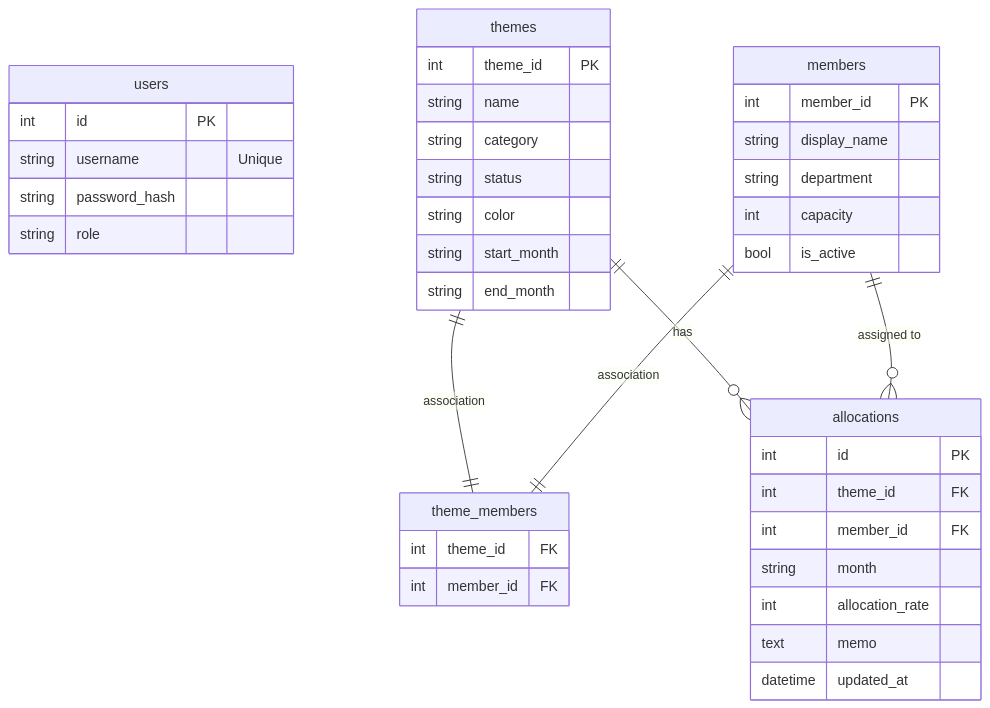
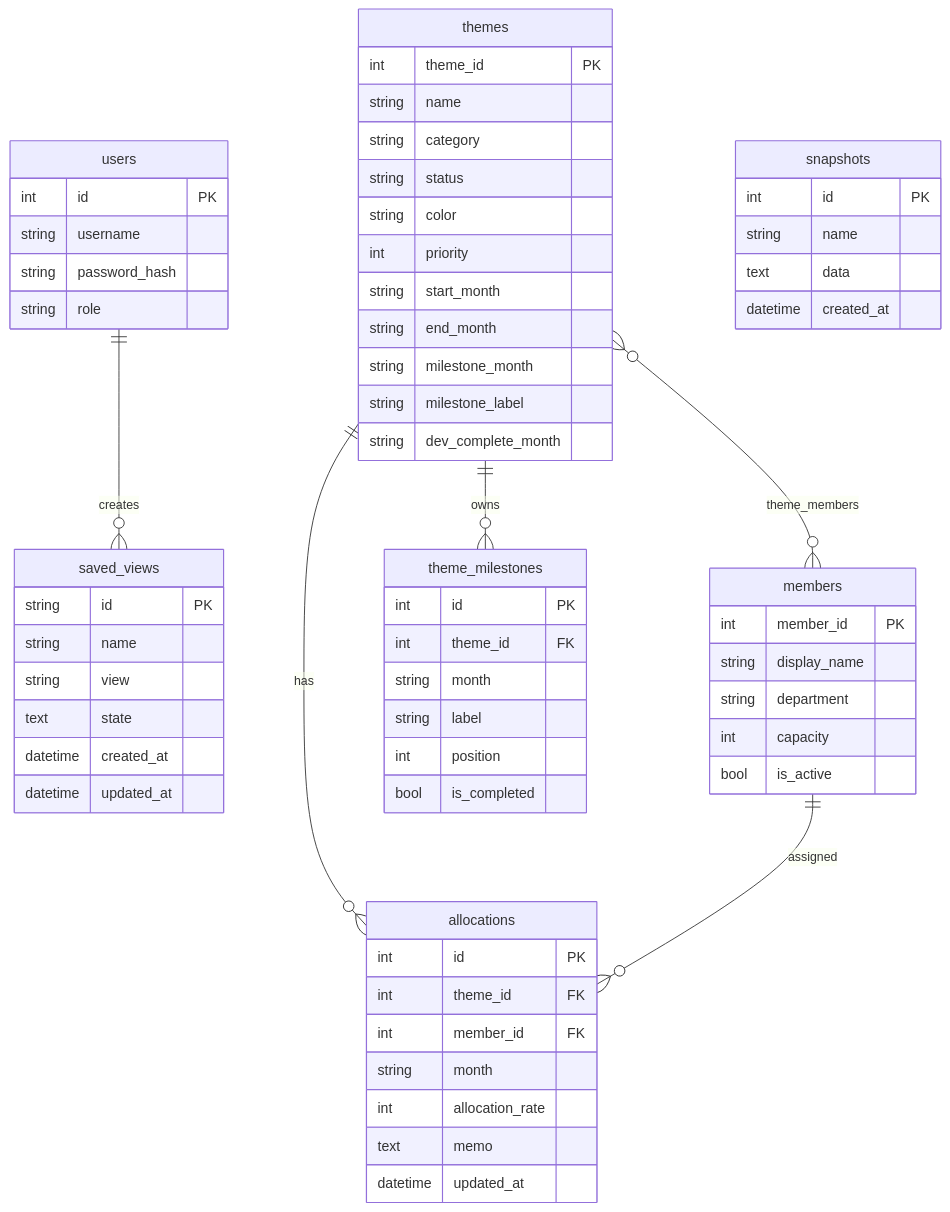
One commit to masakinakai3/Manage changed the second of 2 diagrams in SoftwareDesign.md. Above: the diagram before and after it, drawn with Mermaid. The commit also changed other lines of this file and 4 other files, not shown here.

````diff
--- a/SoftwareDesign.md
+++ b/SoftwareDesign.md
@@ -116,47 +210,72 @@
 ```mermaid
 erDiagram
+    users ||--o{ saved_views : creates
+    themes ||--o{ allocations : has
+    members ||--o{ allocations : assigned
+    themes ||--o{ theme_milestones : owns
+    themes }o--o{ members : theme_members
+
     users {
         int id PK
-        string username "Unique"
+        string username
         string password_hash
         string role
     }
 
     themes {
         int theme_id PK
         string name
         string category
         string status
         string color
+        int priority
         string start_month
         string end_month
+        string milestone_month
+        string milestone_label
+        string dev_complete_month
+    }
+
+    theme_milestones {
+        int id PK
+        int theme_id FK
+        string month
+        string label
+        int position
+        bool is_completed
     }
 
     members {
         int member_id PK
         string display_name
         string department
         int capacity
         bool is_active
     }
 
     allocations {
         int id PK
         int theme_id FK
         int member_id FK
         string month
         int allocation_rate
         text memo
         datetime updated_at
     }
 
-    theme_members {
-        int theme_id FK
-        int member_id FK
+    snapshots {
+        int id PK
+        string name
+        text data
+        datetime created_at
     }
 
-    themes ||--|| theme_members : "association"
-    members ||--|| theme_members : "association"
-    themes ||--o{ allocations : "has"
-    members ||--o{ allocations : "assigned to"
+    saved_views {
+        string id PK
+        string name
+        string view
+        text state
+        datetime created_at
+        datetime updated_at
+    }
 ```
````
